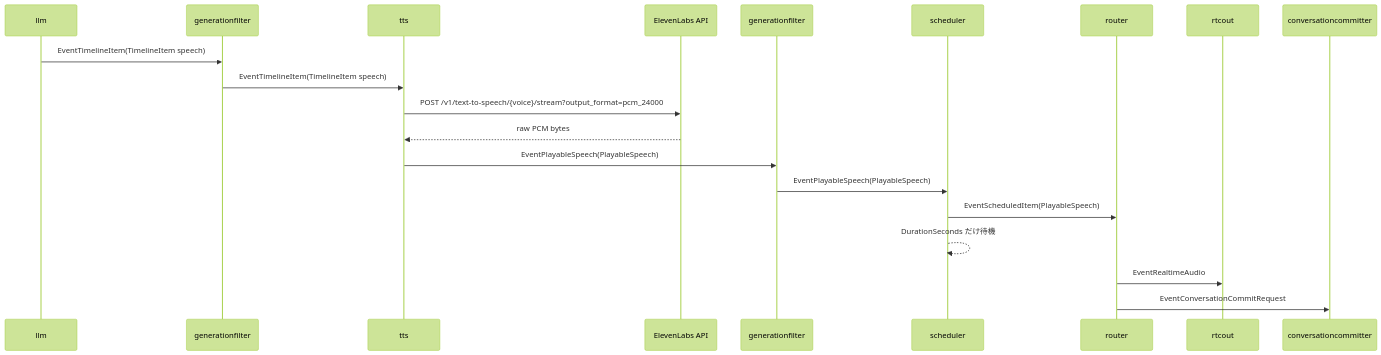
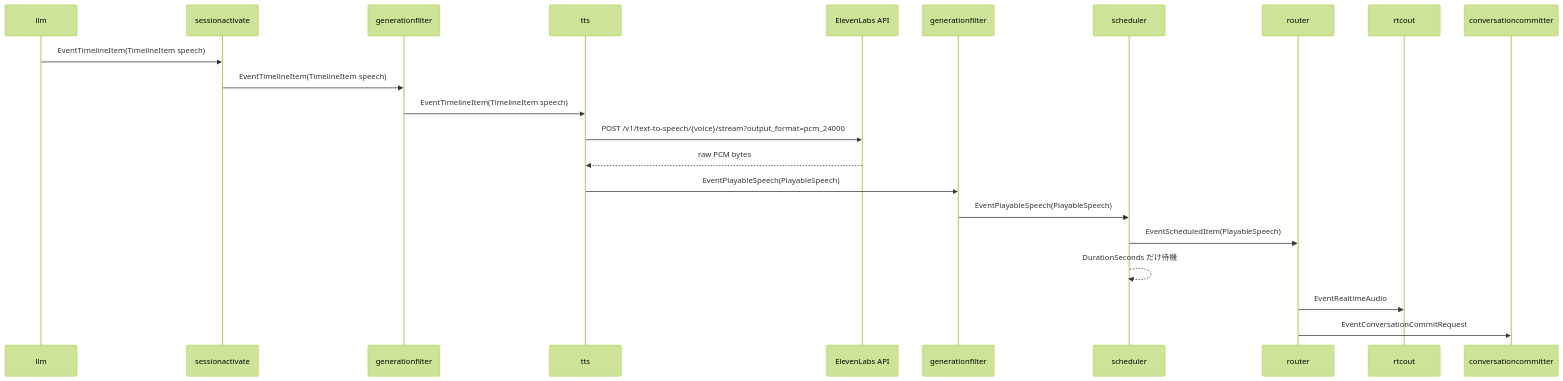
Before and after one commit to tetetratra/smart-speaker: the first of 3 diagrams in docs/components/tts.md, drawn with Mermaid (forest theme). The commit also changed other lines of this file and 8 other files, not shown here.

````diff
--- a/docs/components/tts.md
+++ b/docs/components/tts.md
@@ -56,23 +56,25 @@
 ```mermaid
 sequenceDiagram
   participant LLM as llm
+  participant SA as sessionactivate
   participant GF1 as generationfilter
   participant TTS as tts
   participant EL as ElevenLabs API
   participant GF2 as generationfilter
   participant SCH as scheduler
   participant R as router
   participant RTCOut as rtcout
   participant COMMIT as conversationcommitter
 
-  LLM->>GF1: EventTimelineItem(TimelineItem speech)
+  LLM->>SA: EventTimelineItem(TimelineItem speech)
+  SA->>GF1: EventTimelineItem(TimelineItem speech)
   GF1->>TTS: EventTimelineItem(TimelineItem speech)
   TTS->>EL: POST /v1/text-to-speech/{voice}/stream?output_format=pcm_24000
   EL-->>TTS: raw PCM bytes
   TTS->>GF2: EventPlayableSpeech(PlayableSpeech)
   GF2->>SCH: EventPlayableSpeech(PlayableSpeech)
   SCH->>R: EventScheduledItem(PlayableSpeech)
   SCH-->>SCH: DurationSeconds だけ待機
   R->>RTCOut: EventRealtimeAudio
   R->>COMMIT: EventConversationCommitRequest
 ```
````
